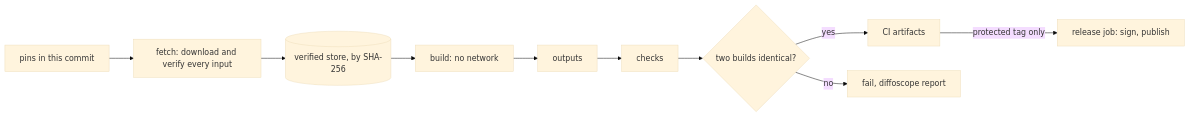
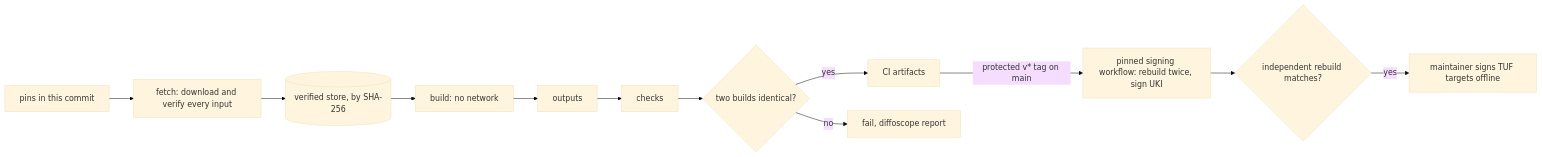
Before and after one commit to GetFelix/ninelives: the diagram in docs/components/image.md, drawn with Mermaid (base theme). The commit also changed other lines of this file and 1 other file, not shown here.

First line of the commit message:
docs(image): anti-rollback layers, pinned signer and TUF root, ESP and bootstrap checks

````diff
--- a/docs/components/image.md
+++ b/docs/components/image.md
@@ -165,12 +253,14 @@
 ```mermaid
 flowchart LR
     pins["pins in this commit"] --> fetch["fetch: download and verify every input"]
     fetch --> store[("verified store, by SHA-256")]
     store --> build["build: no network"]
     build --> out["outputs"]
     out --> checks["checks"]
     checks --> cmp{"two builds identical?"}
     cmp -->|yes| art["CI artifacts"]
     cmp -->|no| fail["fail, diffoscope report"]
-    art -->|"protected tag only"| sign["release job: sign, publish"]
+    art -->|"protected v* tag on main"| sign["pinned signing workflow: rebuild twice, sign UKI"]
+    sign --> indep{"independent rebuild matches?"}
+    indep -->|yes| targets["maintainer signs TUF targets offline"]
 ```
````
